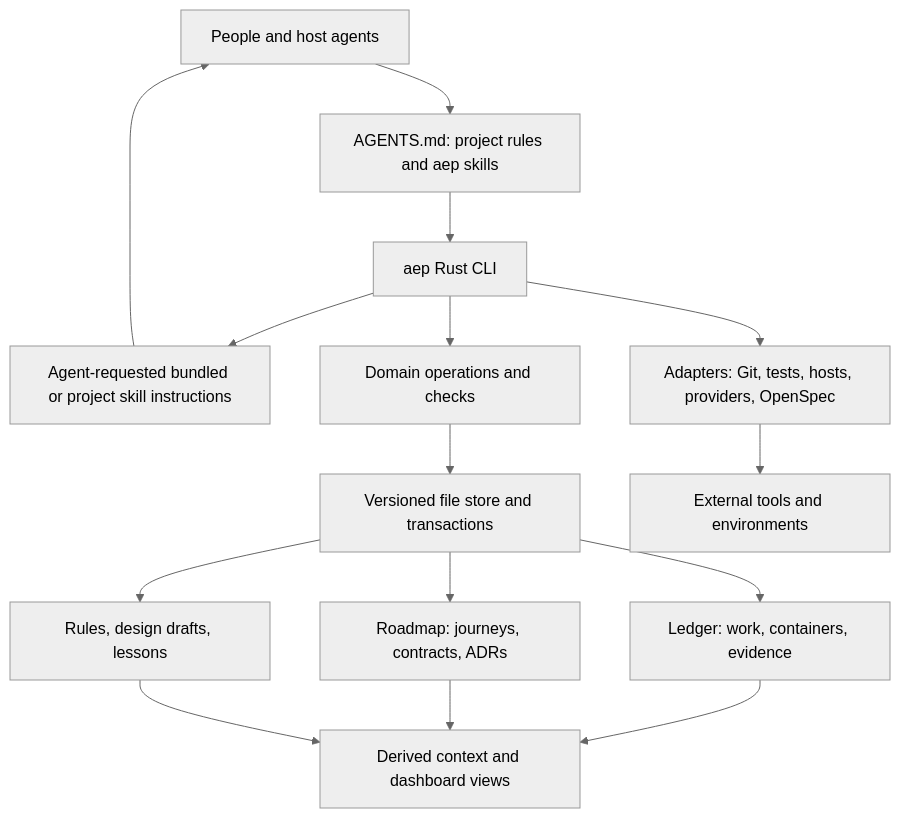
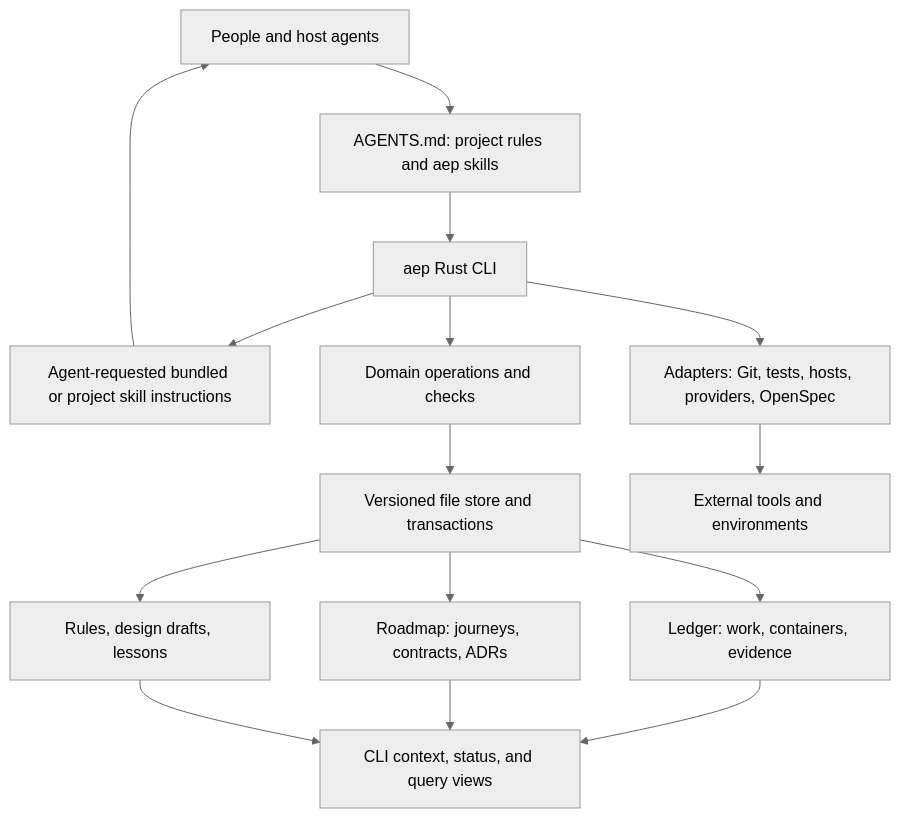
One commit to memorysaver/agentic-engineering-patterns changed the diagram in docs/decisions/aep-v5-rust-cli-architecture.md. Above: the diagram before and after it, drawn with Mermaid (neutral theme). The commit also changed other lines of this file and 61 other files, not shown here.

````diff
--- a/docs/decisions/aep-v5-rust-cli-architecture.md
+++ b/docs/decisions/aep-v5-rust-cli-architecture.md
@@ -32,17 +32,17 @@
 ```mermaid
 flowchart TB
     U[People and host agents] --> G[AGENTS.md: project rules and aep skills]
     G --> C[aep Rust CLI]
     C --> S[Agent-requested bundled or project skill instructions]
     S --> U
     C --> D[Domain operations and checks]
     D --> T[Versioned file store and transactions]
     T --> L[Ledger: work, containers, evidence]
     T --> R[Roadmap: journeys, contracts, ADRs]
     T --> M[Rules, design drafts, lessons]
     C --> A[Adapters: Git, tests, hosts, providers, OpenSpec]
     A --> H[External tools and environments]
-    L --> Q[Derived context and dashboard views]
+    L --> Q[CLI context, status, and query views]
     R --> Q
     M --> Q
 ```
````
